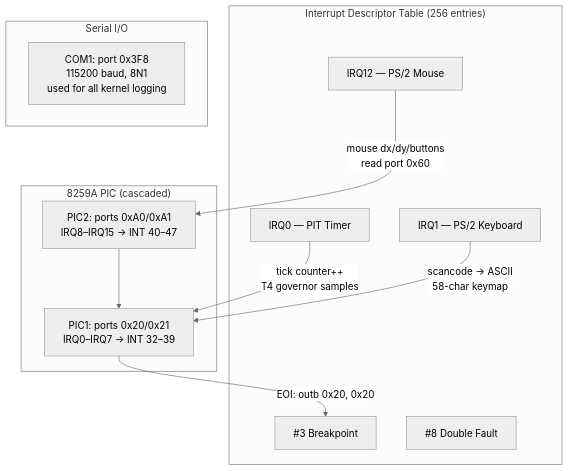
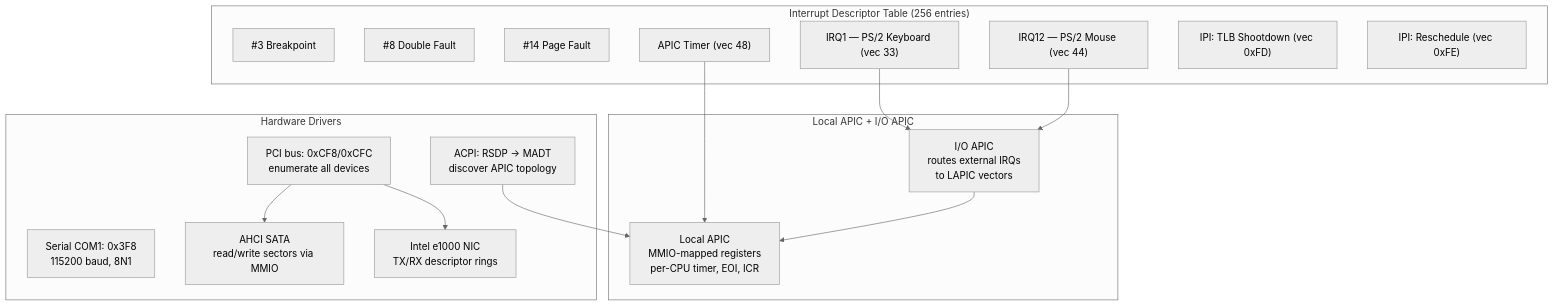
Before and after one commit to teerthsharma/Epsilon-Hollow: the fourth of 15 diagrams in README.md, drawn with Mermaid (neutral theme). The commit also changed other lines of this file and 21 other files, not shown here.

````diff
--- a/README.md
+++ b/README.md
@@ -224,25 +232,34 @@
 ```mermaid
 graph TD
     subgraph "Interrupt Descriptor Table (256 entries)"
         E3["#3 Breakpoint"]
         E8["#8 Double Fault"]
-        IRQ0["IRQ0 — PIT Timer"]
-        IRQ1["IRQ1 — PS/2 Keyboard"]
-        IRQ12["IRQ12 — PS/2 Mouse"]
+        E14["#14 Page Fault"]
+        VEC32["IRQ1 — PS/2 Keyboard (vec 33)"]
+        VEC44["IRQ12 — PS/2 Mouse (vec 44)"]
+        VEC48["APIC Timer (vec 48)"]
+        VECFD["IPI: TLB Shootdown (vec 0xFD)"]
+        VECFE["IPI: Reschedule (vec 0xFE)"]
     end
 
-    subgraph "8259A PIC (cascaded)"
-        PIC1["PIC1: ports 0x20/0x21<br/>IRQ0–IRQ7 → INT 32–39"]
-        PIC2["PIC2: ports 0xA0/0xA1<br/>IRQ8–IRQ15 → INT 40–47"]
+    subgraph "Local APIC + I/O APIC"
+        LAPIC["Local APIC<br/>MMIO-mapped registers<br/>per-CPU timer, EOI, ICR"]
+        IOAPIC["I/O APIC<br/>routes external IRQs<br/>to LAPIC vectors"]
     end
 
-    subgraph "Serial I/O"
-        COM1["COM1: port 0x3F8<br/>115200 baud, 8N1<br/>used for all kernel logging"]
+    subgraph "Hardware Drivers"
+        COM1["Serial COM1: 0x3F8<br/>115200 baud, 8N1"]
+        PCI["PCI bus: 0xCF8/0xCFC<br/>enumerate all devices"]
+        AHCI["AHCI SATA<br/>read/write sectors via MMIO"]
+        E1000["Intel e1000 NIC<br/>TX/RX descriptor rings"]
+        ACPI["ACPI: RSDP → MADT<br/>discover APIC topology"]
     end
 
-    IRQ0 --> |"tick counter++<br/>T4 governor samples"| PIC1
-    IRQ1 --> |"scancode → ASCII<br/>58-char keymap"| PIC1
-    IRQ12 --> |"mouse dx/dy/buttons<br/>read port 0x60"| PIC2
-    PIC2 --> PIC1
-    PIC1 --> |"EOI: outb 0x20, 0x20"| E3
+    VEC48 --> LAPIC
+    VEC32 --> IOAPIC
+    VEC44 --> IOAPIC
+    IOAPIC --> LAPIC
+    PCI --> AHCI
+    PCI --> E1000
+    ACPI --> LAPIC
 ```
````
